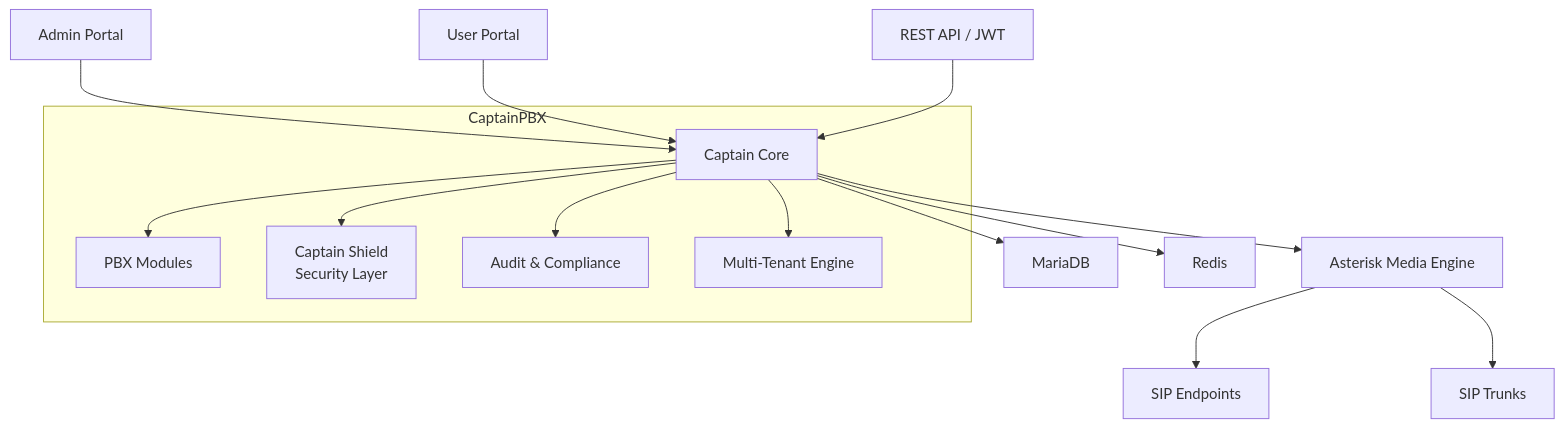
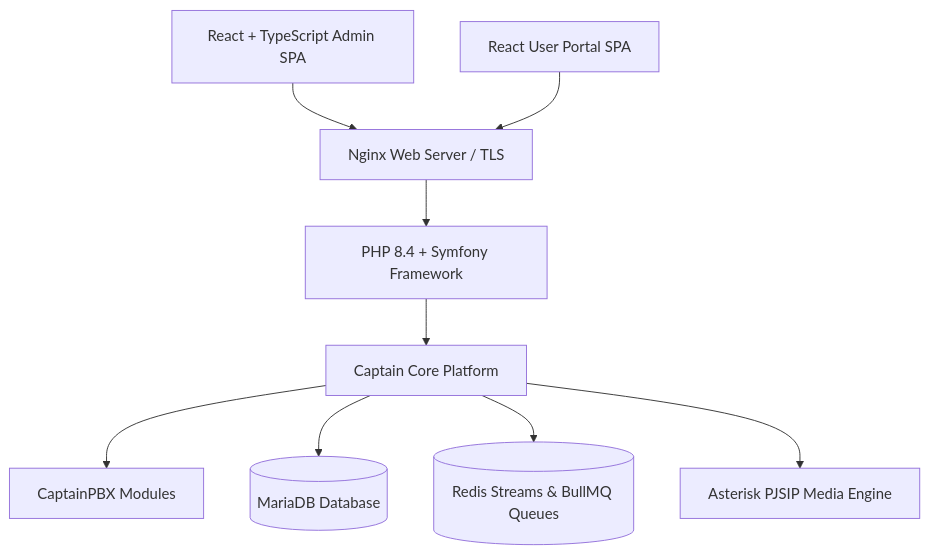
One commit to captainpbx/captainpbx-docs changed the sixth of 6 diagrams in README.md. Above: the diagram before and after it, drawn with Mermaid. The commit also changed other lines of this file and 3 other files, not shown here.

````diff
--- a/README.md
+++ b/README.md
@@ -76,32 +268,21 @@
 ```mermaid
 flowchart TB
+  AdminSPA[React + TypeScript Admin SPA]
+  UserPortal[React User Portal SPA]
+  Nginx[Nginx Web Server / TLS]
+  PHP[PHP 8.4 + Symfony Framework]
+  Core[Captain Core Platform]
+  Modules[CaptainPBX Modules]
+  DB[(MariaDB Database)]
+  Redis[(Redis Streams & BullMQ Queues)]
+  Asterisk[Asterisk PJSIP Media Engine]
 
-    Admin["Admin Portal"]
-    User["User Portal"]
-    API["REST API / JWT"]
-
-    Admin --> Core
-    User --> Core
-    API --> Core
-
-    subgraph CaptainPBX
-        Core["Captain Core"]
-
-        Modules["PBX Modules"]
-        Security["Captain Shield<br/>Security Layer"]
-        Audit["Audit & Compliance"]
-        Tenant["Multi-Tenant Engine"]
-
-        Core --> Modules
-        Core --> Security
-        Core --> Audit
-        Core --> Tenant
-    end
-
-    Core --> Asterisk["Asterisk Media Engine"]
-    Core --> Database["MariaDB"]
-    Core --> Cache["Redis"]
-
-    Asterisk --> SIP["SIP Endpoints"]
-    Asterisk --> Trunks["SIP Trunks"]
+  AdminSPA --> Nginx
+  UserPortal --> Nginx
+  Nginx --> PHP
+  PHP --> Core
+  Core --> Modules
+  Core --> DB
+  Core --> Redis
+  Core --> Asterisk
 ```
````
